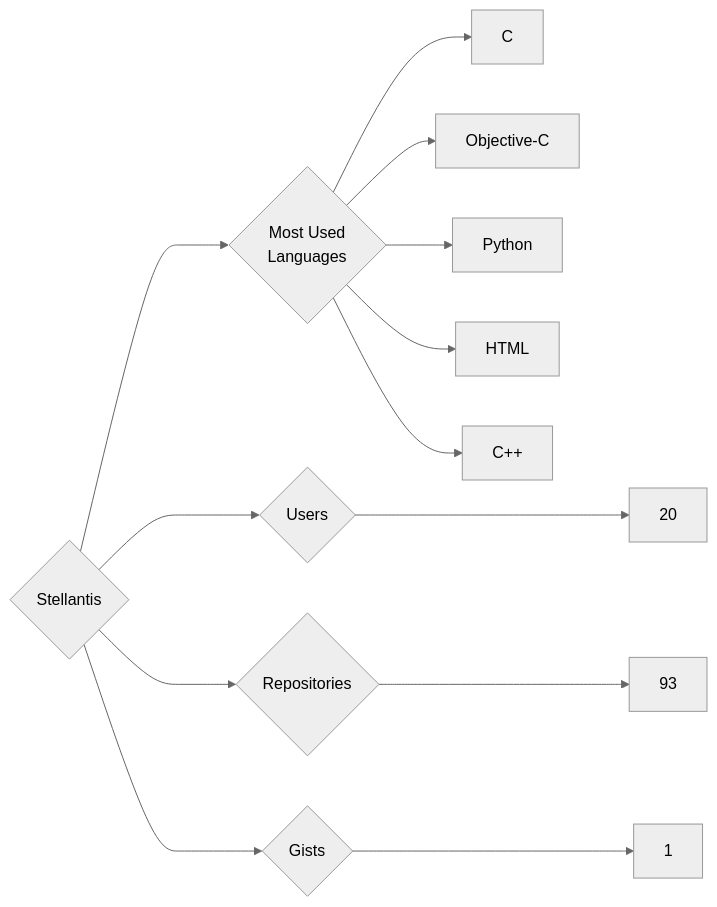
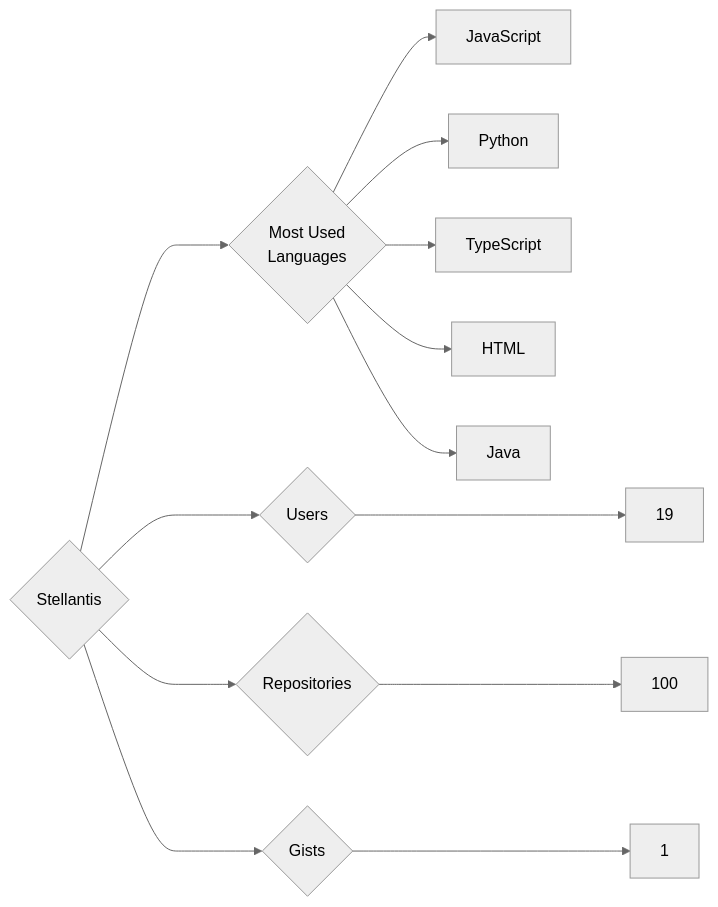
The diagram in targets/Stellantis/README.md (trickest/insiders), drawn with Mermaid (neutral theme) before and after one commit. The commit also changed 877 other files, not shown here.

````diff
--- a/targets/Stellantis/README.md
+++ b/targets/Stellantis/README.md
@@ -3,13 +3,13 @@
 ```mermaid
 graph LR
 COMPANY_NAME{Stellantis}
-COMPANY_NAME ---> U{Users} ---> UN[20]
-COMPANY_NAME ---> R{Repositories} ---> RN[93]
+COMPANY_NAME ---> U{Users} ---> UN[19]
+COMPANY_NAME ---> R{Repositories} ---> RN[100]
 COMPANY_NAME ---> G{Gists} ---> GN[1]
 COMPANY_NAME ---> ML{Most Used<br>Languages}
-ML --> C[C]
-ML --> Objective-C[Objective-C]
+ML --> JavaScript[JavaScript]
 ML --> Python[Python]
+ML --> TypeScript[TypeScript]
 ML --> HTML[HTML]
-ML --> C++[C++]
+ML --> Java[Java]
 ```
````
